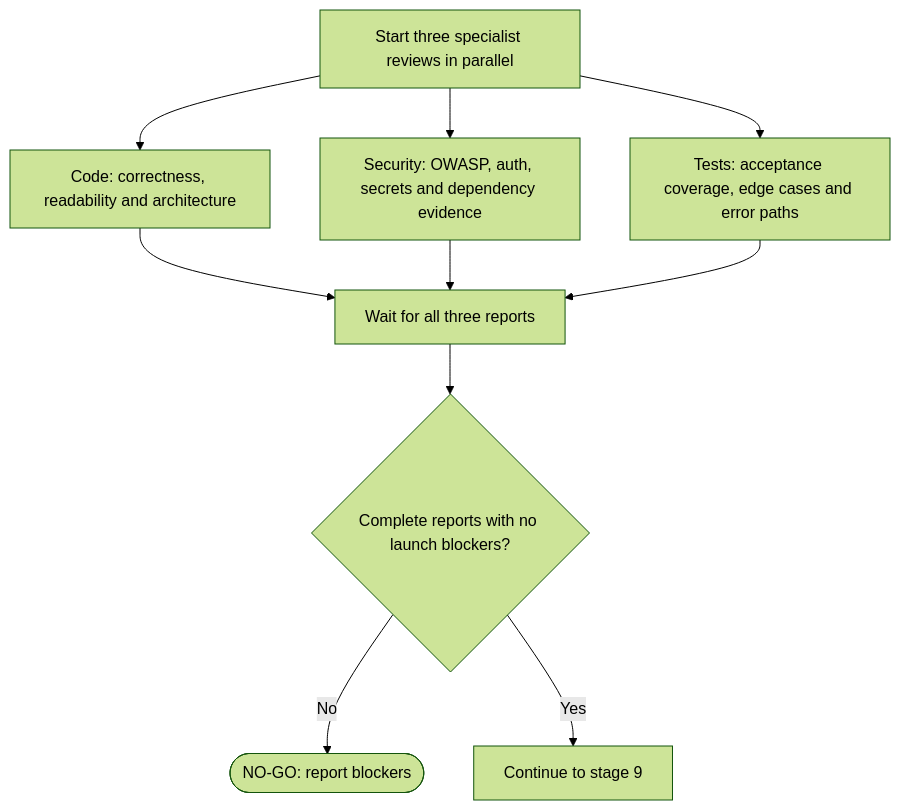
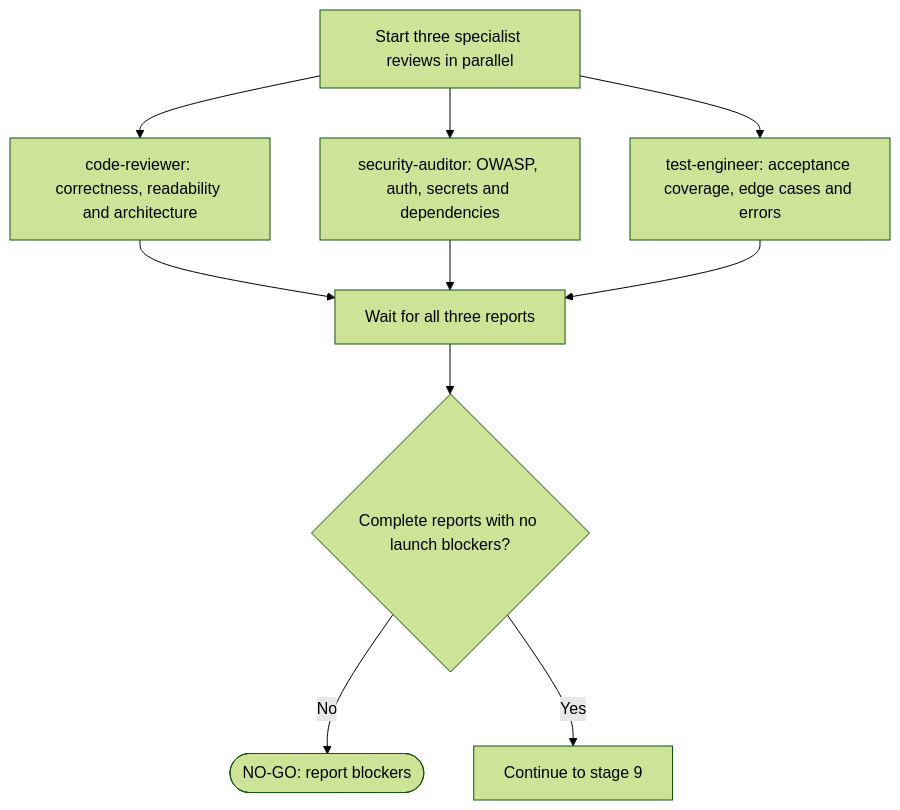
Before and after one commit to OskarKlintrot/skills: the eighth of 10 diagrams in README.md, drawn with Mermaid (forest theme). The commit also changed other lines of this file and 11 other files, not shown here.

````diff
--- a/README.md
+++ b/README.md
@@ -444,13 +455,13 @@
 ```mermaid
 flowchart TD
     launch["Start three specialist reviews in parallel"]
-    launch --> code["Code: correctness, readability and architecture"]
-    launch --> security["Security: OWASP, auth, secrets and dependency evidence"]
-    launch --> tests["Tests: acceptance coverage, edge cases and error paths"]
+    launch --> code["code-reviewer: correctness, readability and architecture"]
+    launch --> security["security-auditor: OWASP, auth, secrets and dependencies"]
+    launch --> tests["test-engineer: acceptance coverage, edge cases and errors"]
     code --> join["Wait for all three reports"]
     security --> join
     tests --> join
     join --> gate{"Complete reports with no launch blockers?"}
     gate -->|No| blocked(["NO-GO: report blockers"])
     gate -->|Yes| proceed["Continue to stage 9"]
 ```
````
